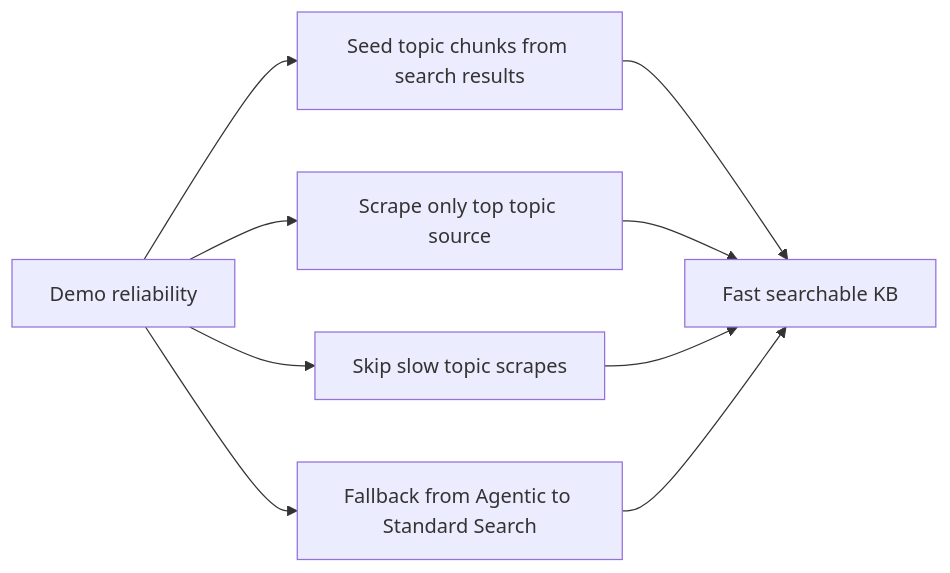
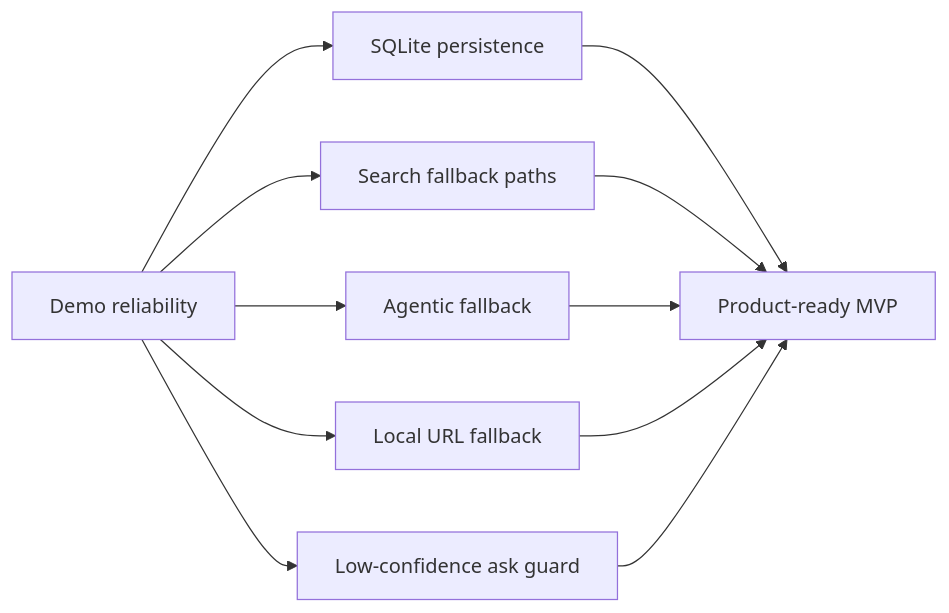
The second of 2 diagrams in docs/ideation.md (gaganakumarm/Web2Knowledge), drawn with Mermaid before and after one commit. The commit also changed other lines of this file and 10 other files, not shown here.

````diff
--- a/docs/ideation.md
+++ b/docs/ideation.md
@@ -171,11 +202,13 @@
 ```mermaid
 flowchart LR
-  A[Demo reliability] --> B[Seed topic chunks from search results]
-  A --> C[Scrape only top topic source]
-  A --> D[Skip slow topic scrapes]
-  A --> E[Fallback from Agentic to Standard Search]
-  B --> F[Fast searchable KB]
-  C --> F
-  D --> F
-  E --> F
+  A[Demo reliability] --> B[SQLite persistence]
+  A --> C[Search fallback paths]
+  A --> D[Agentic fallback]
+  A --> E[Local URL fallback]
+  A --> F[Low-confidence ask guard]
+  B --> G[Product-ready MVP]
+  C --> G
+  D --> G
+  E --> G
+  F --> G
 ```
````
